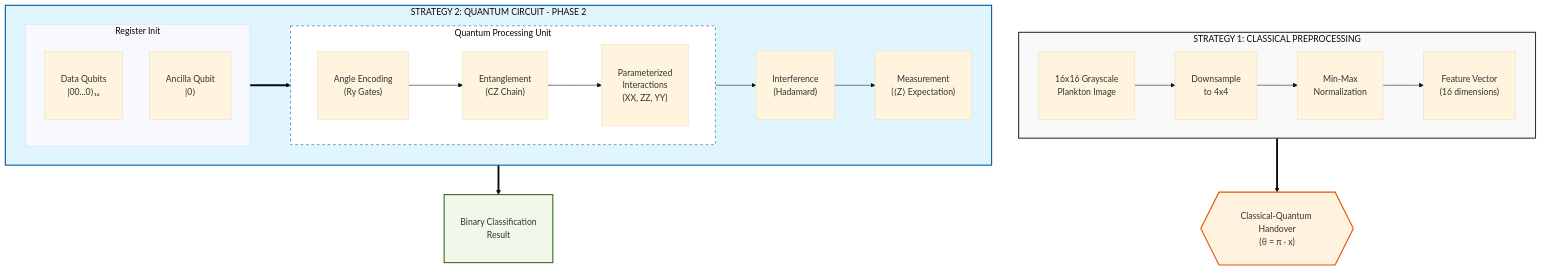
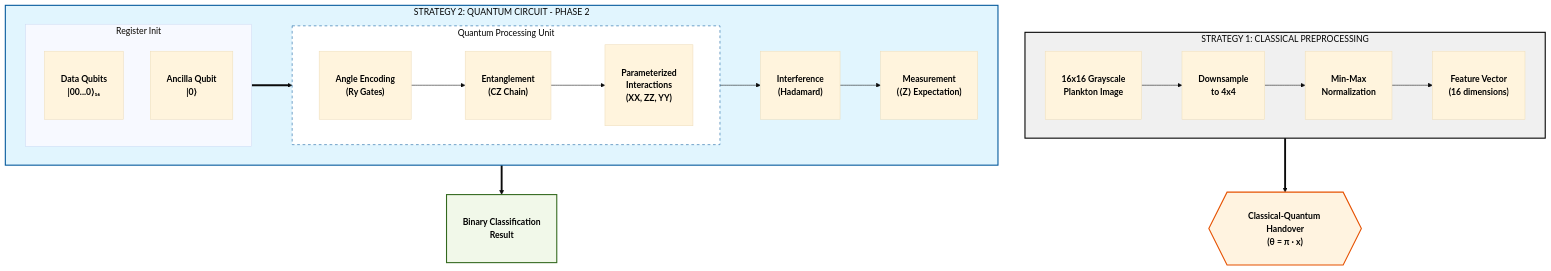
The first of 2 diagrams in README.md (juleshenry/quantum-mnist), drawn with Mermaid (base theme) before and after one commit. The commit also changed other lines of this file and 7 other files, not shown here.

````diff
--- a/README.md
+++ b/README.md
@@ -26,44 +26,57 @@
 ```mermaid
 graph TD
     %% Classical Layer
     subgraph Classical_Layer [STRATEGY 1: CLASSICAL PREPROCESSING]
         direction LR
-        A["<br/>16x16 Grayscale<br/>Plankton Image<br/><br/>"] --> B["<br/>Downsample<br/>to 4x4<br/><br/>"]
-        B --> C["<br/>Min-Max<br/>Normalization<br/><br/>"]
-        C --> D["<br/>Feature Vector<br/>(16 dimensions)<br/><br/>"]
+        A["<br/><b>16x16 Grayscale</b><br/><b>Plankton Image</b><br/><br/>"] --> B["<br/><b>Downsample</b><br/><b>to 4x4</b><br/><br/>"]
+        B --> C["<br/><b>Min-Max</b><br/><b>Normalization</b><br/><br/>"]
+        C --> D["<br/><b>Feature Vector</b><br/><b>(16 dimensions)</b><br/><br/>"]
     end
 
     %% Data Handover
-    D ==> Interface{{"<br/>Classical-Quantum Handover<br/>(θ = π · x)<br/><br/>"}}
+    D ==> Interface{{"<br/><b>Classical-Quantum Handover</b><br/><b>(θ = π · x)</b><br/><br/>"}}
 
     %% Quantum Layer
     subgraph Quantum_Layer [STRATEGY 2: QUANTUM CIRCUIT - PHASE 2]
         direction LR
         
         subgraph Register_Init [Register Init]
             direction TB
-            Q_Data["<br/>Data Qubits<br/>|00...0⟩₁₆<br/><br/>"]
-            Q_Anc["<br/>Ancilla Qubit<br/>|0⟩<br/><br/>"]
+            Q_Data["<br/><b>Data Qubits</b><br/><b>|00...0⟩₁₆</b><br/><br/>"]
+            Q_Anc["<br/><b>Ancilla Qubit</b><br/><b>|0⟩</b><br/><br/>"]
         end
 
         subgraph PQC_Flow [Quantum Processing Unit]
             direction LR
-            E["<br/>Angle Encoding<br/>(Ry Gates)<br/><br/>"] --> F["<br/>Entanglement<br/>(CZ Chain)<br/><br/>"]
-            F --> G["<br/>Parameterized<br/>Interactions<br/>(XX, ZZ, YY)<br/><br/>"]
+            E["<br/><b>Angle Encoding</b><br/><b>(Ry Gates)</b><br/><br/>"] --> F["<br/><b>Entanglement</b><br/><b>(CZ Chain)</b><br/><br/>"]
+            F --> G["<br/><b>Parameterized</b><br/><b>Interactions</b><br/><b>(XX, ZZ, YY)</b><br/><br/>"]
         end
         
         Register_Init ==> PQC_Flow
-        PQC_Flow --> H["<br/>Interference<br/>(Hadamard)<br/><br/>"]
-        H --> I["<br/>Measurement<br/>(⟨Z⟩ Expectation)<br/><br/>"]
+        PQC_Flow --> H["<br/><b>Interference</b><br/><b>(Hadamard)</b><br/><br/>"]
+        H --> I["<br/><b>Measurement</b><br/><b>(⟨Z⟩ Expectation)</b><br/><br/>"]
     end
 
     %% Final Output
-    I ==> J["<br/>Binary Classification<br/>Result<br/><br/>"]
+    I ==> J["<br/><b>Binary Classification</b><br/><b>Result</b><br/><br/>"]
 
-    %% Styling
-    style Classical_Layer fill:#f9f9f9,stroke:#333,stroke-width:2px
-    style Quantum_Layer fill:#e1f5fe,stroke:#01579b,stroke-width:2px
-    style Interface fill:#fff3e0,stroke:#e65100,stroke-width:2px
-    style PQC_Flow fill:#fff,stroke:#01579b,stroke-dasharray: 5 5
-    style J fill:#f1f8e9,stroke:#33691e,stroke-width:2px
+    %% Styling with High Contrast
+    style Classical_Layer fill:#f0f0f0,stroke:#000,stroke-width:2px,color:#000
+    style Quantum_Layer fill:#e1f5fe,stroke:#01579b,stroke-width:2px,color:#000
+    style Interface fill:#fff3e0,stroke:#e65100,stroke-width:2px,color:#000
+    style PQC_Flow fill:#fff,stroke:#01579b,stroke-dasharray: 5 5,color:#000
+    style J fill:#f1f8e9,stroke:#33691e,stroke-width:2px,color:#000
+    
+    %% Node-specific high contrast
+    style A color:#000
+    style B color:#000
+    style C color:#000
+    style D color:#000
+    style E color:#000
+    style F color:#000
+    style G color:#000
+    style H color:#000
+    style I color:#000
+    style Q_Data color:#000
+    style Q_Anc color:#000
 ```
````
